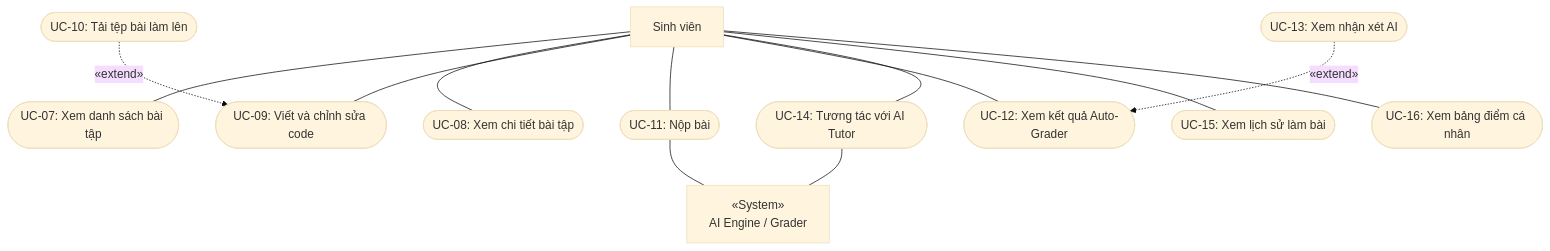
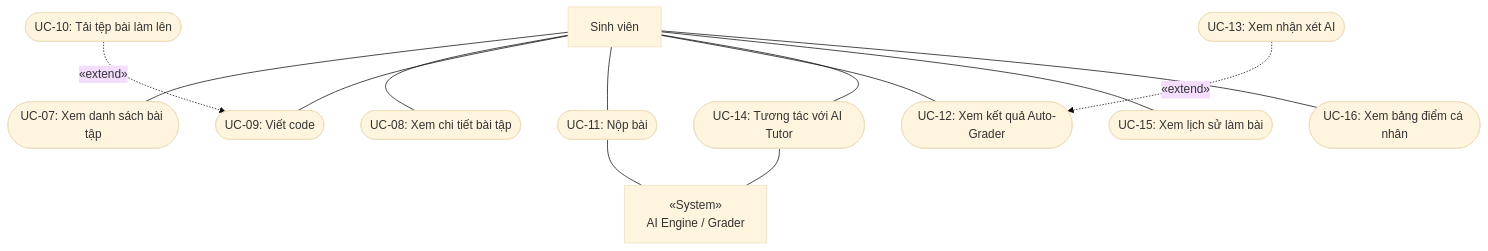
Before and after one commit to minhthuy70/ai-coding-tutor: the third of 7 diagrams in docs/USE_CASE_DIAGRAMS.md, drawn with Mermaid (base theme). The commit also changed other lines of this file and 3 other files, not shown here.

````diff
--- a/docs/USE_CASE_DIAGRAMS.md
+++ b/docs/USE_CASE_DIAGRAMS.md
@@ -61,36 +61,35 @@
 ```mermaid
 flowchart TB
     %% Actors
     Student["Sinh viên"]
     AIEngine["«System»\nAI Engine / Grader"]
 
     %% Use Cases
     UC07(["UC-07: Xem danh sách bài tập"])
     UC08(["UC-08: Xem chi tiết bài tập"])
-    UC09(["UC-09: Viết và chỉnh sửa code"])
+    UC09(["UC-09: Viết code"])
     UC10(["UC-10: Tải tệp bài làm lên"])
     UC11(["UC-11: Nộp bài"])
     UC12(["UC-12: Xem kết quả Auto-Grader"])
     UC13(["UC-13: Xem nhận xét AI"])
     UC14(["UC-14: Tương tác với AI Tutor"])
     UC15(["UC-15: Xem lịch sử làm bài"])
     UC16(["UC-16: Xem bảng điểm cá nhân"])
 
     %% Associations
     Student --- UC07
     Student --- UC08
     Student --- UC09
     Student --- UC11
     Student --- UC12
     Student --- UC14
     Student --- UC15
     Student --- UC16
 
     UC11 --- AIEngine
     UC14 --- AIEngine
 
-    %% Relationships (UML Standard)
-    %% Extend: Extending UC ---> Base UC
+    %% Relationships
     UC10 -. "«extend»" .-> UC09
     UC13 -. "«extend»" .-> UC12
 ```
````
